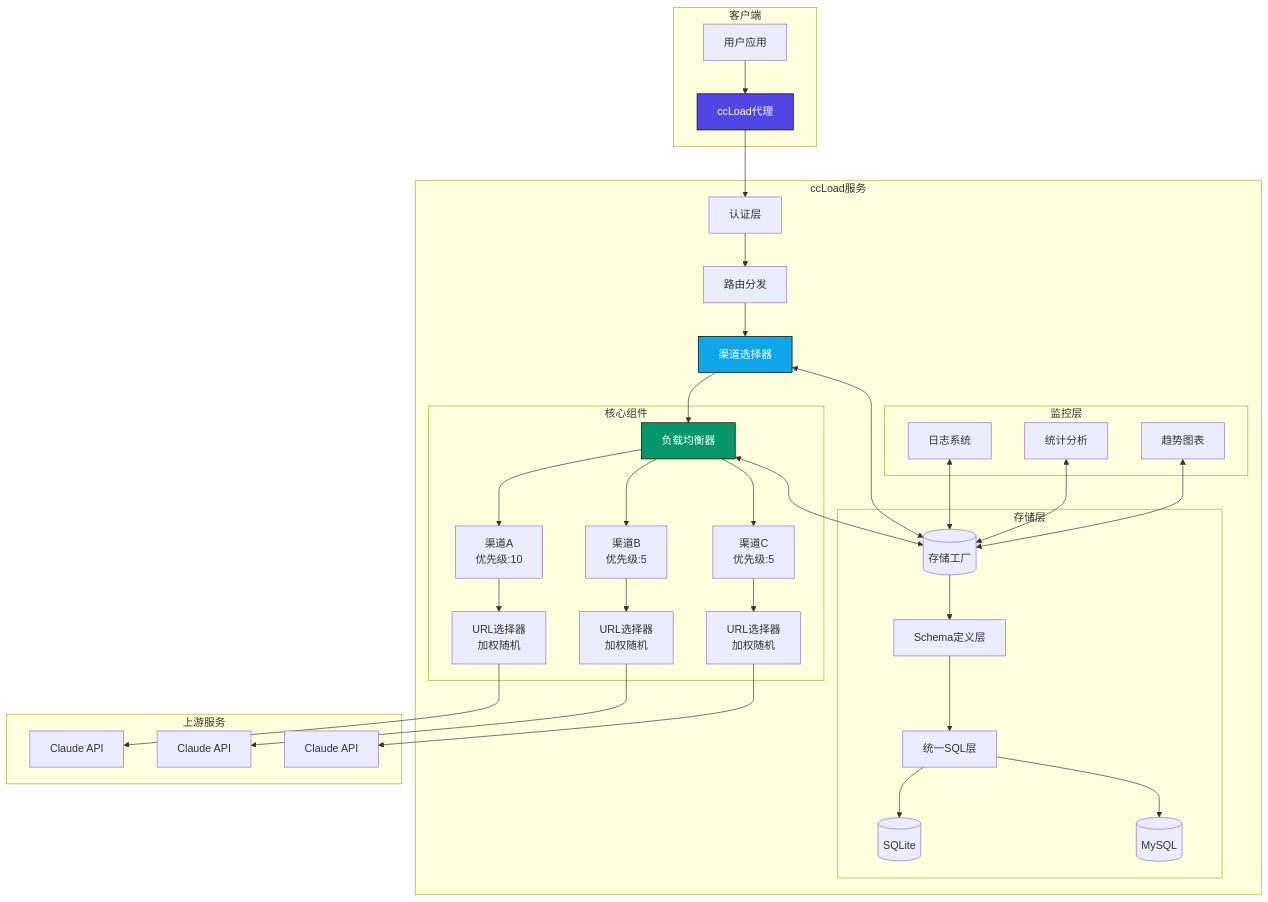
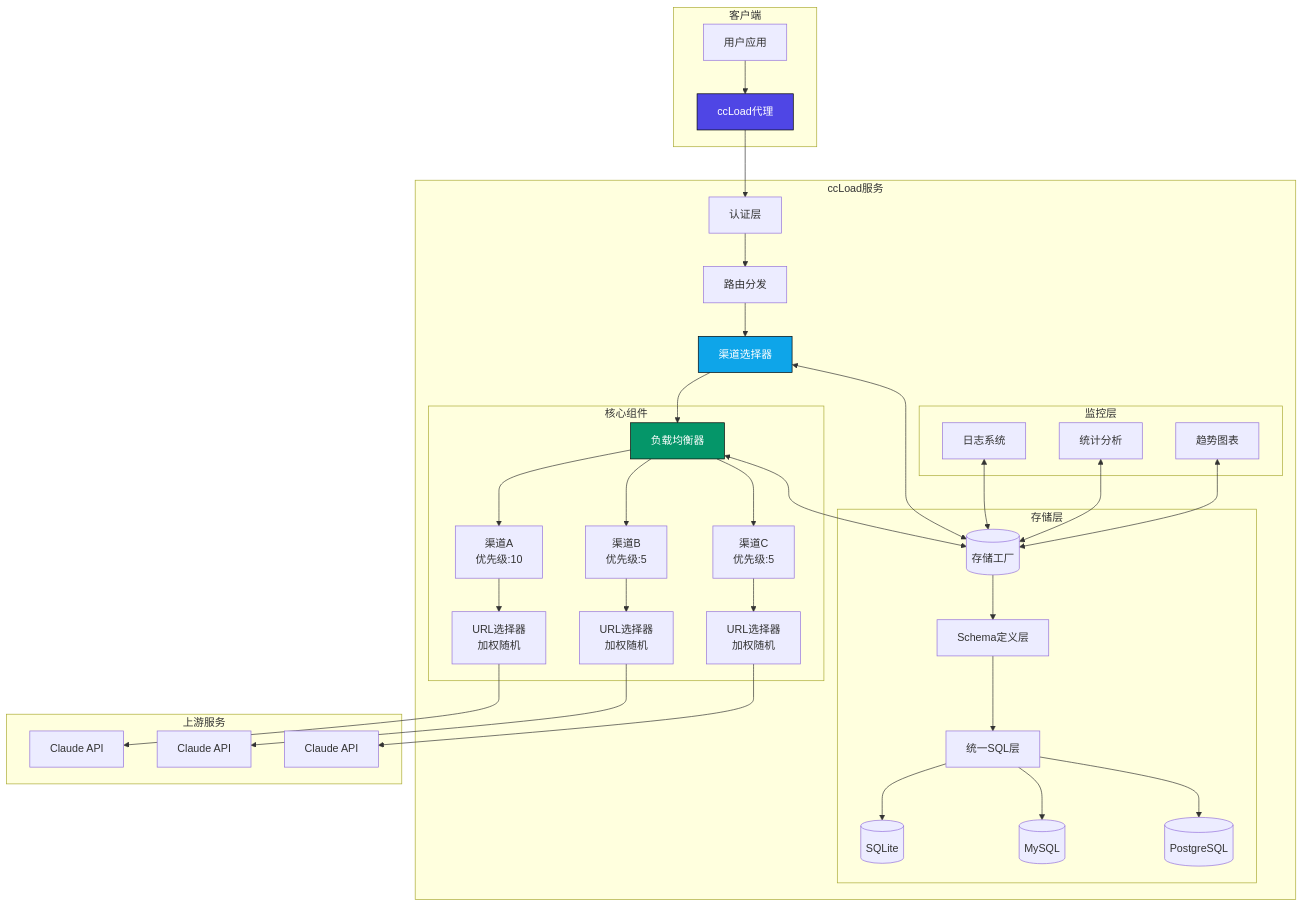
The diagram in README.zh-CN.md (caidaoli/ccLoad), drawn with Mermaid before and after one commit. The commit also changed other lines of this file and 9 other files, not shown here.

Commit message:
docs: document PostgreSQL deployment

````diff
--- a/README.zh-CN.md
+++ b/README.zh-CN.md
@@ -90,56 +90,58 @@
 ```mermaid
 graph TB
     subgraph "客户端"
         A[用户应用] --> B[ccLoad代理]
     end
     
     subgraph "ccLoad服务"
         B --> C[认证层]
         C --> D[路由分发]
         D --> E[渠道选择器]
         E --> F[负载均衡器]
 
         subgraph "核心组件"
             F --> G[渠道A<br/>优先级:10]
             F --> H[渠道B<br/>优先级:5]
             F --> I[渠道C<br/>优先级:5]
             G --> G1[URL选择器<br/>加权随机]
             H --> H1[URL选择器<br/>加权随机]
             I --> I1[URL选择器<br/>加权随机]
         end
         
         subgraph "存储层"
             J[(存储工厂)]
             J3[Schema定义层]
             J4[统一SQL层]
             J1[(SQLite)]
             J2[(MySQL)]
+            J5[(PostgreSQL)]
             J --> J3
             J3 --> J4
             J4 --> J1
             J4 --> J2
+            J4 --> J5
         end
         
         subgraph "监控层"
             K[日志系统]
             L[统计分析]
             M[趋势图表]
         end
     end
     
     subgraph "上游服务"
         G1 --> N[Claude API]
         H1 --> O[Claude API]
         I1 --> P[Claude API]
     end
     
     E <--> J
     F <--> J
     K <--> J
     L <--> J
     M <--> J
     
     style B fill:#4F46E5,stroke:#000,color:#fff
     style F fill:#059669,stroke:#000,color:#fff
     style E fill:#0EA5E9,stroke:#000,color:#fff
 ```
````
